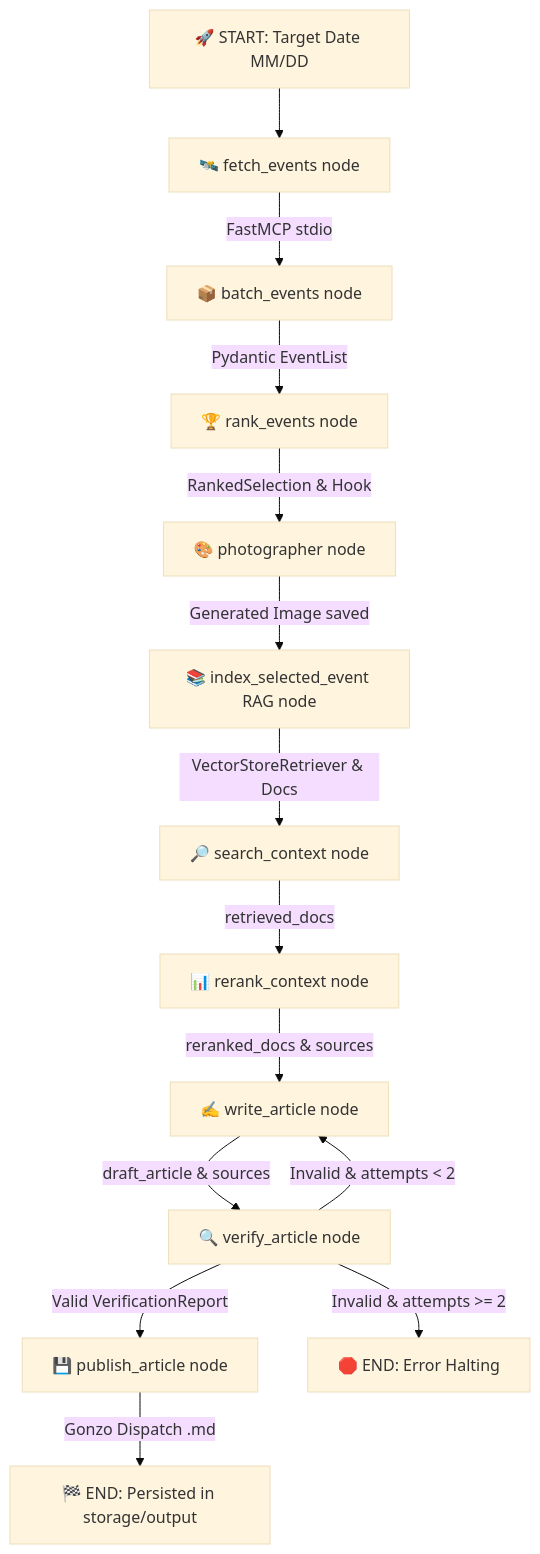
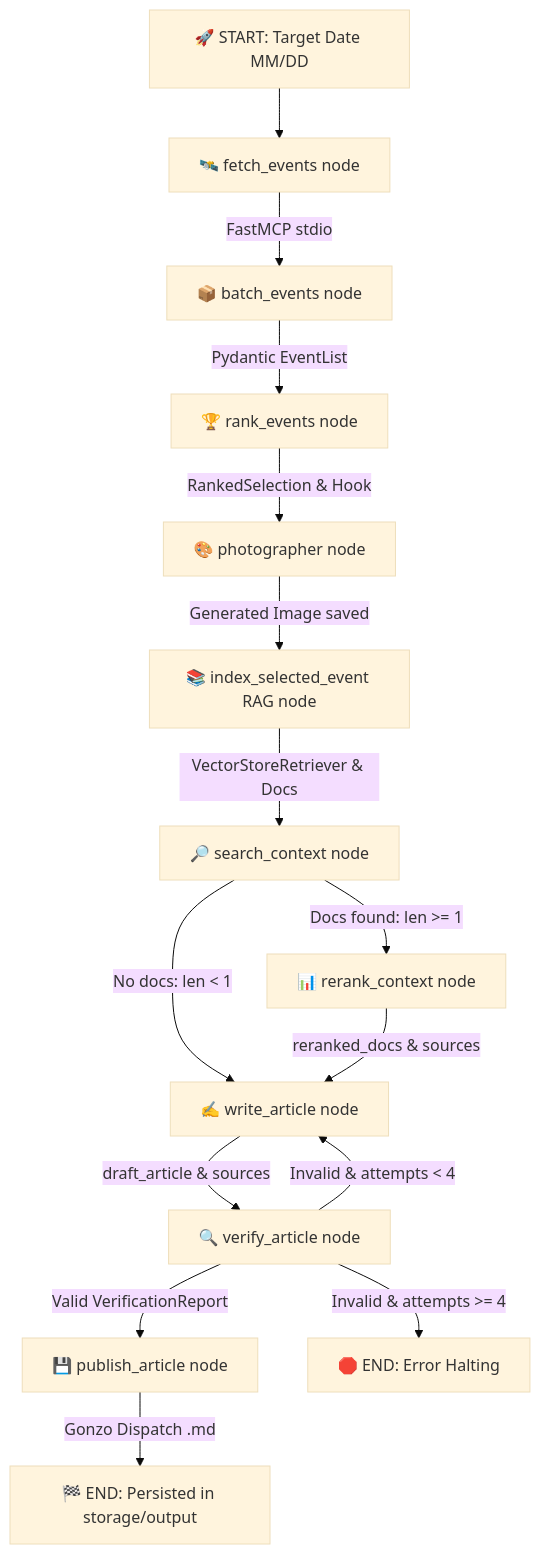
Before and after one commit to eduardomachado93/chrono-s-thompson: the diagram in README.md, drawn with Mermaid (base theme). The commit also changed other lines of this file and 19 other files, not shown here.

First line of the commit message:
feat(ui): improve graph execution tracker, timers, button locking, and smooth scroll

````diff
--- a/README.md
+++ b/README.md
@@ -34,16 +34,17 @@
 ```mermaid
 graph TD
     A[🚀 START: Target Date MM/DD] --> B[🛰️ fetch_events node]
     B -->|FastMCP stdio| C[📦 batch_events node]
     C -->|Pydantic EventList| D[🏆 rank_events node]
     D -->|RankedSelection & Hook| E[🎨 photographer node]
     E -->|Generated Image saved| F[📚 index_selected_event RAG node]
     F -->|VectorStoreRetriever & Docs| G[🔎 search_context node]
-    G -->|retrieved_docs| H[📊 rerank_context node]
-    H -->|reranked_docs & sources| I[✍️ write_article node]
+    G -->|Docs found: len >= 1| H[📊 rerank_context node]
+    G -->|No docs: len < 1| I[✍️ write_article node]
+    H -->|reranked_docs & sources| I
     I -->|draft_article & sources| J[🔍 verify_article node]
-    J -->|Invalid & attempts < 2| I
+    J -->|Invalid & attempts < 4| I
     J -->|Valid VerificationReport| K[💾 publish_article node]
-    J -->|Invalid & attempts >= 2| L[🛑 END: Error Halting]
+    J -->|Invalid & attempts >= 4| L[🛑 END: Error Halting]
     K -->|Gonzo Dispatch .md| M[🏁 END: Persisted in storage/output]
 ```
````
